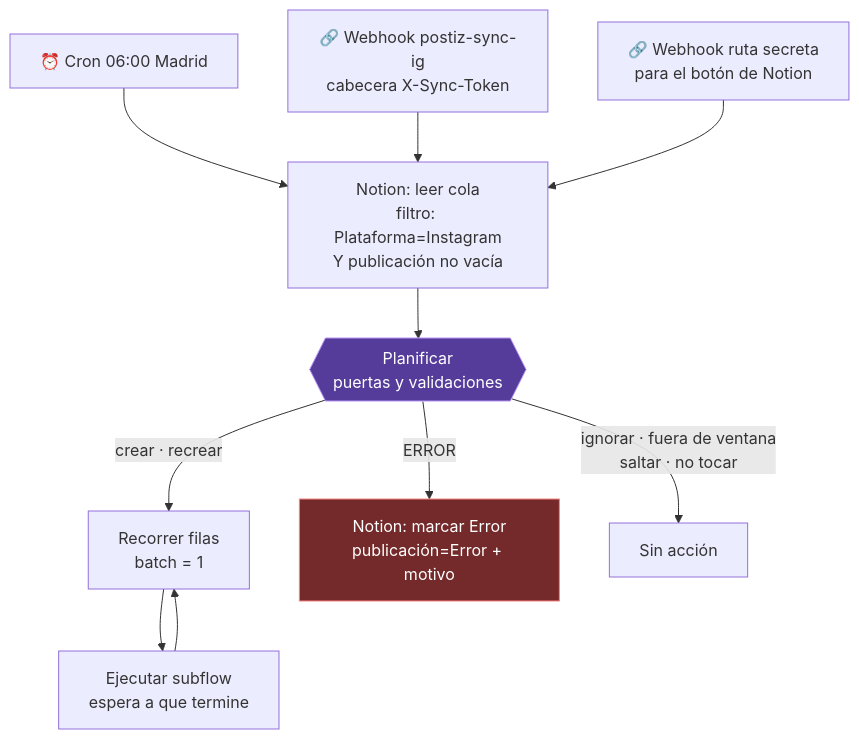
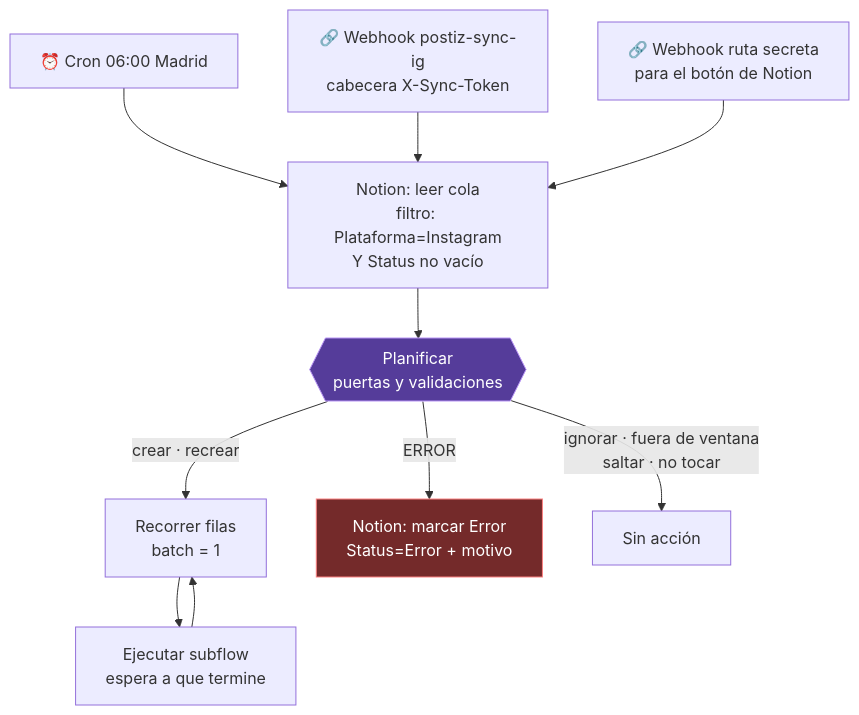
One commit to dustin-calderon/postiz-app changed the second of 11 diagrams in docs/architecture/CONTENT_PIPELINE_DIAGRAMS.md. Above: the diagram before and after it, drawn with Mermaid. The commit also changed other lines of this file and 1 other file, not shown here.

````diff
--- a/docs/architecture/CONTENT_PIPELINE_DIAGRAMS.md
+++ b/docs/architecture/CONTENT_PIPELINE_DIAGRAMS.md
@@ -73,24 +73,24 @@
 ```mermaid
 flowchart TD
     CRON["⏰ Cron 06:00 Madrid"]
     WH1["🔗 Webhook postiz-sync-ig<br/>cabecera X-Sync-Token"]
     WH2["🔗 Webhook ruta secreta<br/>para el botón de Notion"]
 
-    LEER["Notion: leer cola<br/>filtro: Plataforma=Instagram<br/>Y publicación no vacía"]
+    LEER["Notion: leer cola<br/>filtro: Plataforma=Instagram<br/>Y Status no vacío"]
     PLAN{{"Planificar<br/>puertas y validaciones"}}
 
     CRON --> LEER
     WH1 --> LEER
     WH2 --> LEER
     LEER --> PLAN
 
     PLAN -->|"crear · recrear"| LOOP["Recorrer filas<br/>batch = 1"]
-    PLAN -->|"ERROR"| MARCAR["Notion: marcar Error<br/>publicación=Error + motivo"]
+    PLAN -->|"ERROR"| MARCAR["Notion: marcar Error<br/>Status=Error + motivo"]
     PLAN -->|"ignorar · fuera de ventana<br/>saltar · no tocar"| NADA["Sin acción"]
 
     LOOP --> SUB["Ejecutar subflow<br/>espera a que termine"]
     SUB --> LOOP
 
     style PLAN fill:#553c9a,stroke:#b794f4,color:#fff
     style MARCAR fill:#742a2a,stroke:#fc8181,color:#fff
 ```
````
